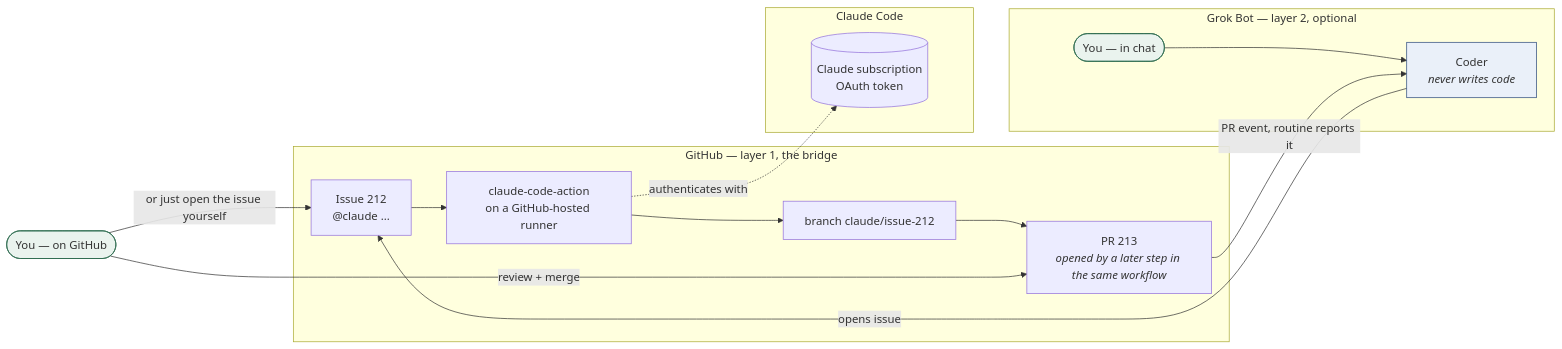
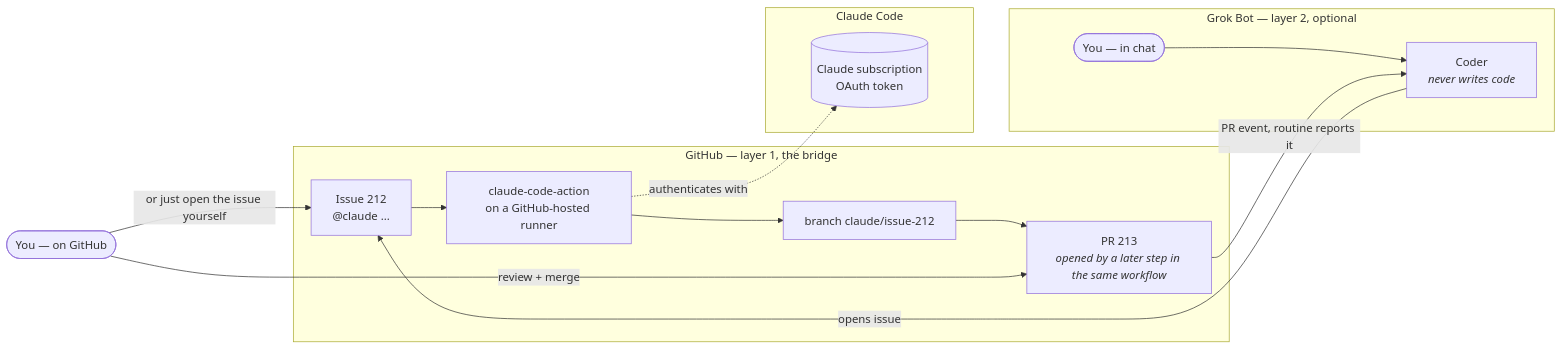
One commit to mathew-builds/Handoff changed the diagram in README.md. Above: the diagram before and after it, drawn with Mermaid. The commit also changed other lines of this file and 6 other files, not shown here.

First line of the commit message:
fix: hard-coded Mermaid colours are unreadable in dark mode, including one I added today

````diff
--- a/README.md
+++ b/README.md
@@ -79,27 +79,24 @@
 ```mermaid
 flowchart LR
     subgraph GH["GitHub — layer 1, the bridge"]
         ISSUE[Issue 212<br/>@claude ...]
         ACTION[claude-code-action<br/>on a GitHub-hosted runner]
         BRANCH[branch claude/issue-212]
         PR[PR 213<br/><i>opened by a later step in the same workflow</i>]
         ISSUE --> ACTION --> BRANCH --> PR
     end
 
     subgraph CC["Claude Code"]
         MAX[(Claude subscription<br/>OAuth token)]
     end
 
     subgraph GB["Grok Bot — layer 2, optional"]
-        YOU(["You — in chat"]):::you --> CODER[Coder<br/><i>never writes code</i>]:::grok
+        YOU(["You — in chat"]) --> CODER[Coder<br/><i>never writes code</i>]
     end
 
-    YOU2(["You — on GitHub"]):::you -- "or just open the issue yourself" --> ISSUE
+    YOU2(["You — on GitHub"]) -- "or just open the issue yourself" --> ISSUE
     CODER -- "opens issue" --> ISSUE
     ACTION -. "authenticates with" .-> MAX
     PR -- "PR event, routine reports it" --> CODER
     YOU2 -- "review + merge" --> PR
-
-    classDef you fill:#EAF3EE,stroke:#2C6B4F
-    classDef grok fill:#EAF0F9,stroke:#2C4A7C
 ```
````
